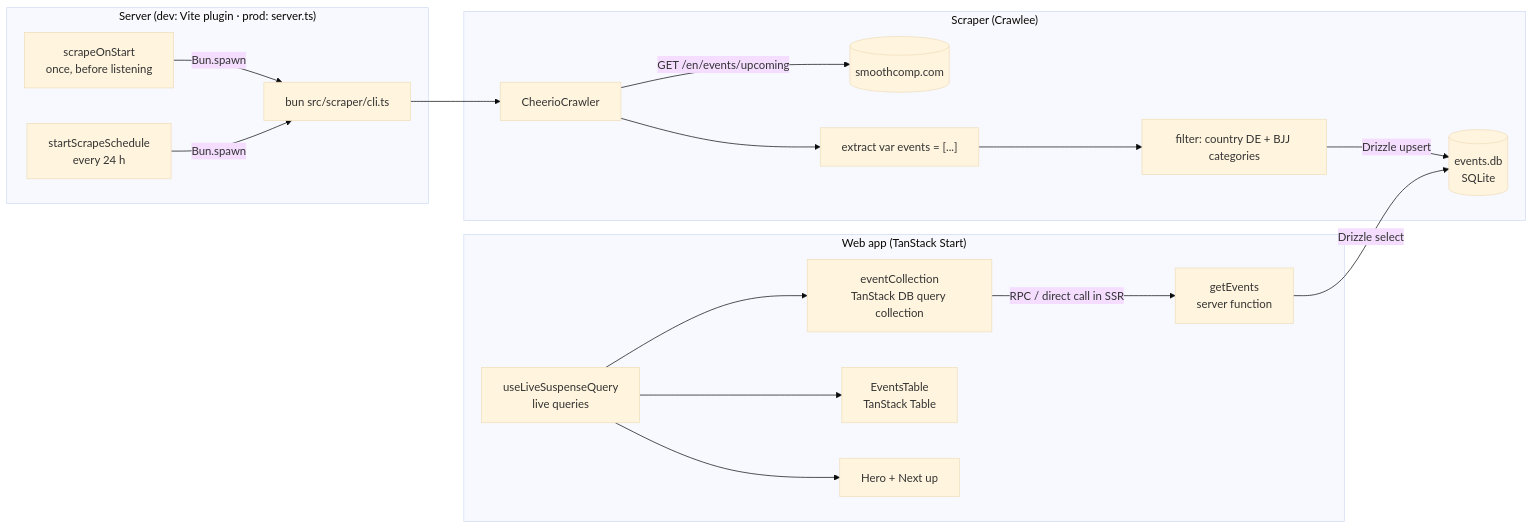
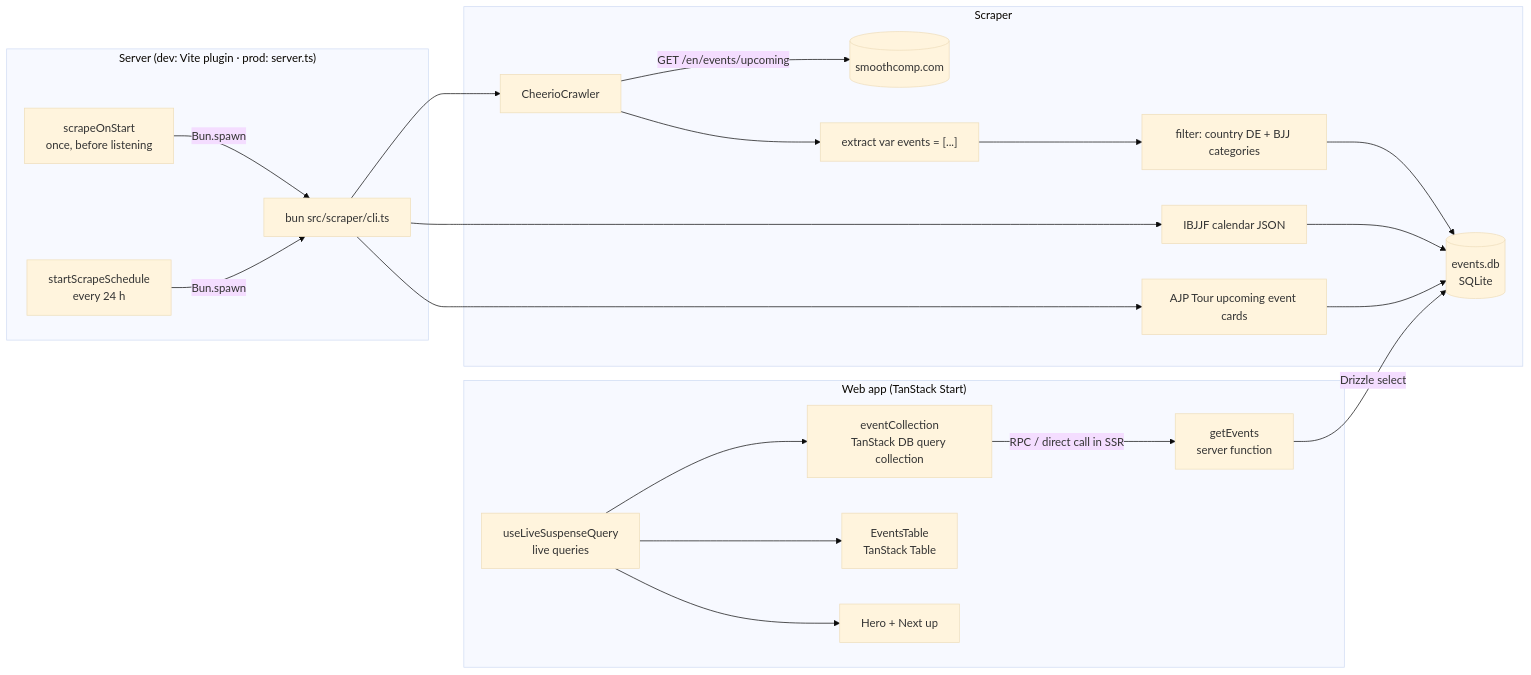
Before and after one commit to MarvinPahling/smooth-scrape: the diagram in README.md, drawn with Mermaid (base theme). The commit also changed other lines of this file and 11 other files, not shown here.

Commit message:
feat(scraper): add worldwide AJP Tour events

````diff
--- a/README.md
+++ b/README.md
@@ -156,23 +148,27 @@
 ```mermaid
 flowchart LR
   subgraph Start["Server (dev: Vite plugin · prod: server.ts)"]
     S1["scrapeOnStart<br/>once, before listening"] -->|Bun.spawn| S2["bun src/scraper/cli.ts"]
     S3["startScrapeSchedule<br/>every 24 h"] -->|Bun.spawn| S2
   end
 
-  subgraph Scraper["Scraper (Crawlee)"]
+  subgraph Scraper["Scraper"]
     S2 --> C1[CheerioCrawler]
     C1 -->|GET /en/events/upcoming| SC[(smoothcomp.com)]
     C1 --> C2["extract var events = [...]"]
     C2 --> C3["filter: country DE + BJJ categories"]
-    C3 -->|Drizzle upsert| DB[(events.db<br/>SQLite)]
+    S2 --> I[IBJJF calendar JSON]
+    S2 --> A[AJP Tour upcoming event cards]
+    C3 --> DB[(events.db<br/>SQLite)]
+    I --> DB
+    A --> DB
   end
 
   subgraph App["Web app (TanStack Start)"]
     SF["getEvents<br/>server function"] -->|Drizzle select| DB
     QC["eventCollection<br/>TanStack DB query collection"] -->|RPC / direct call in SSR| SF
     LQ["useLiveSuspenseQuery<br/>live queries"] --> QC
     LQ --> T["EventsTable<br/>TanStack Table"]
     LQ --> H[Hero + Next up]
   end
 ```
````
